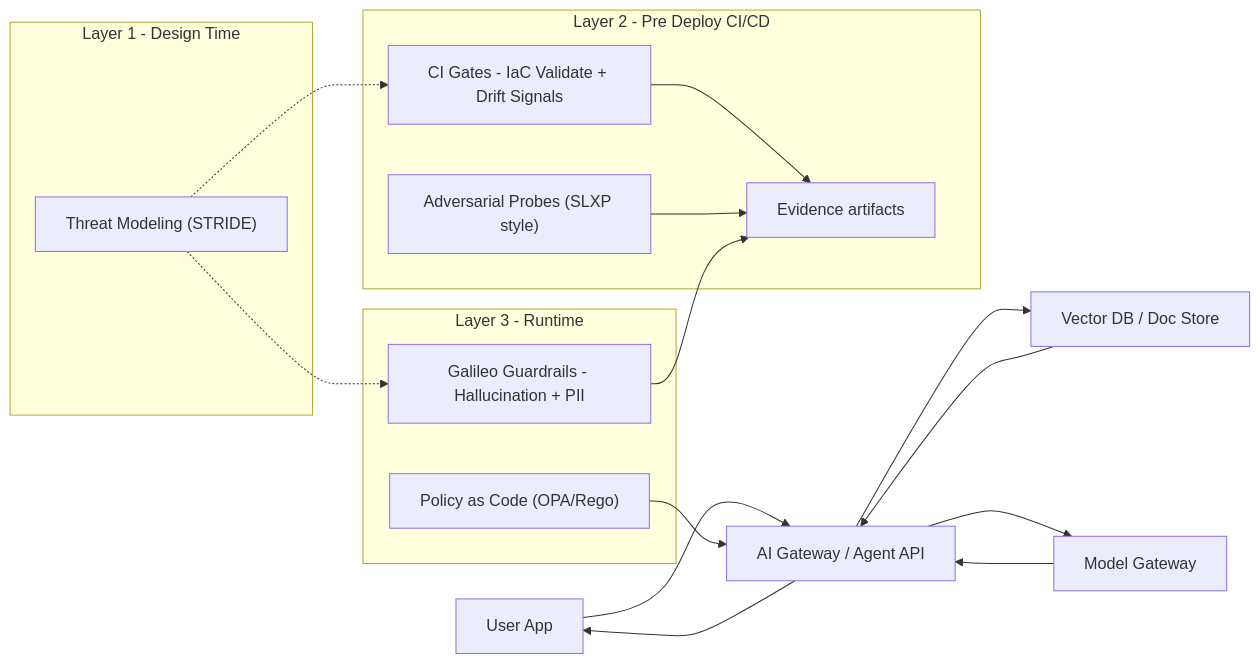
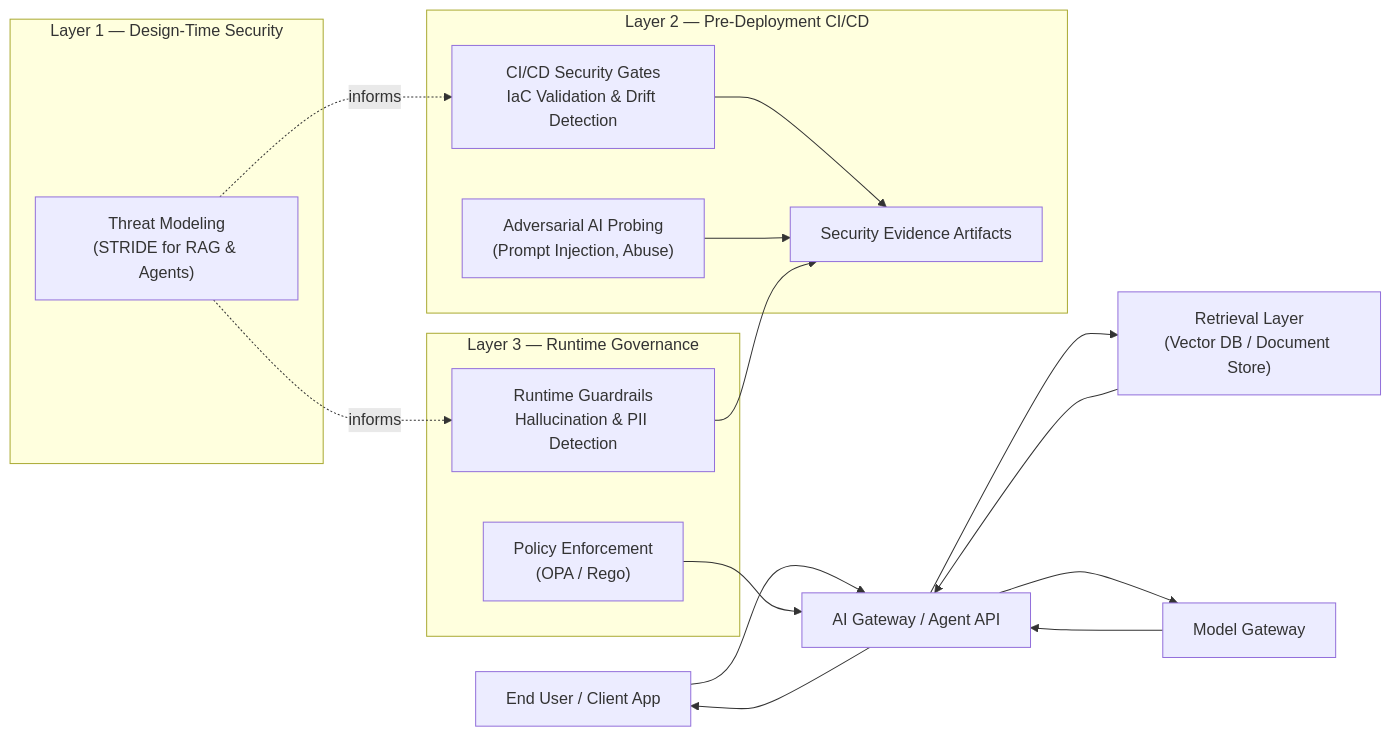
Before and after one commit to qexa/AI-Security-Governance-Framework: the diagram in README.md, drawn with Mermaid.

Commit message:
Revise architecture diagram in README
Updated the architecture diagram and descriptions for clarity and detail.

````diff
--- a/README.md
+++ b/README.md
@@ -52,32 +52,42 @@
 ```mermaid
 flowchart LR
-  U["User App"] --> GW["AI Gateway / Agent API"]
-  GW --> R["Vector DB / Doc Store"]
-  R --> GW
-  GW --> MG["Model Gateway"]
-  MG --> GW
-  GW --> U
+    %% Core AI Request Flow
+    U["End User / Client App"] --> AG["AI Gateway / Agent API"]
+    AG --> RET["Retrieval Layer<br/>(Vector DB / Document Store)"]
+    RET --> AG
+    AG --> MG["Model Gateway"]
+    MG --> AG
+    AG --> U
 
-  subgraph L1["Layer 1 - Design Time"]
-    TM["Threat Modeling (STRIDE)"]
-  end
+    %% Layer 1: Design-Time Security
+    subgraph L1["Layer 1 — Design-Time Security"]
+        TM["Threat Modeling<br/>(STRIDE for RAG & Agents)"]
+    end
 
-  subgraph L2["Layer 2 - Pre Deploy CI/CD"]
-    CI["CI Gates - IaC Validate + Drift Signals"]
-    RT["Adversarial Probes (SLXP style)"]
-    EV["Evidence artifacts"]
-  end
+    %% Layer 2: Pre-Deployment Enforcement
+    subgraph L2["Layer 2 — Pre-Deployment CI/CD"]
+        CI["CI/CD Security Gates<br/>IaC Validation & Drift Detection"]
+        RT["Adversarial AI Probing<br/>(Prompt Injection, Abuse)"]
+        EV["Security Evidence Artifacts"]
+    end
 
-  subgraph L3["Layer 3 - Runtime"]
-    GA["Galileo Guardrails - Hallucination + PII"]
-    OPA["Policy as Code (OPA/Rego)"]
-  end
+    %% Layer 3: Runtime Governance
+    subgraph L3["Layer 3 — Runtime Governance"]
+        GA["Runtime Guardrails<br/>Hallucination & PII Detection"]
+        OPA["Policy Enforcement<br/>(OPA / Rego)"]
+    end
 
-  TM -.-> CI
-  TM -.-> GA
-  CI --> EV
-  RT --> EV
-  GA --> EV
-  OPA --> GW
+    %% Governance Flow
+    TM -. informs .-> CI
+    TM -. informs .-> GA
+
+    %% Evidence Generation
+    CI --> EV
+    RT --> EV
+    GA --> EV
+
+    %% Runtime Enforcement
+    OPA --> AG
+
 
 ```
````
